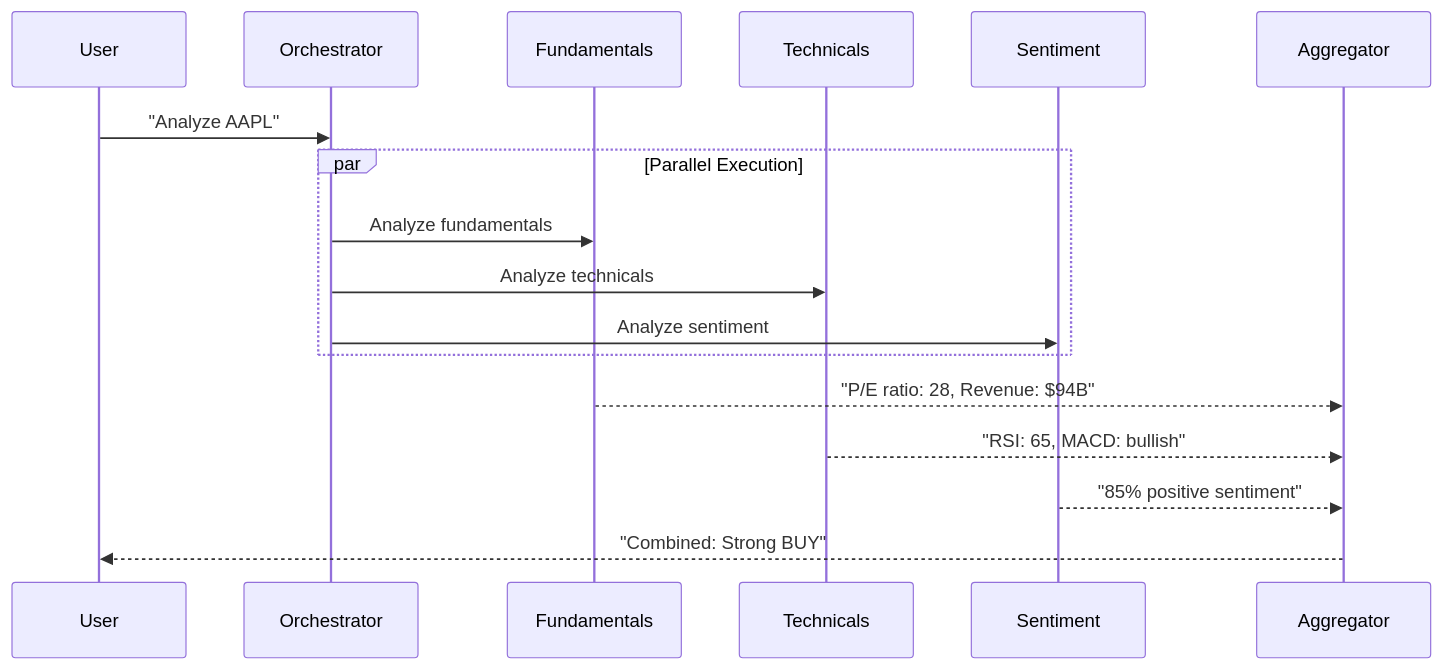
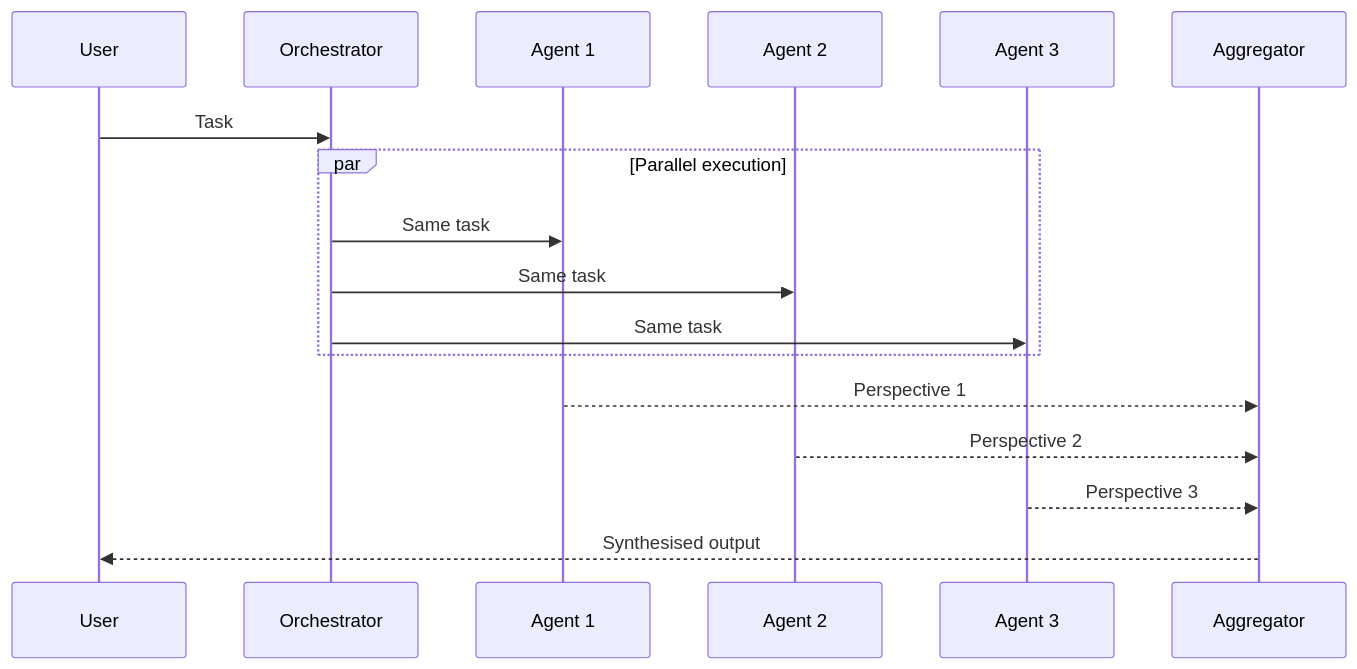
The diagram in docs/patterns/orchestration/fan-out-fan-in.md (pyagent-core/pyagent), drawn with Mermaid before and after one commit. The commit also changed other lines of this file and 152 other files, not shown here.

````diff
--- a/docs/patterns/orchestration/fan-out-fan-in.md
+++ b/docs/patterns/orchestration/fan-out-fan-in.md
@@ -7,20 +12,20 @@
 ```mermaid
 sequenceDiagram
     participant U as User
     participant O as Orchestrator
-    participant F as Fundamentals
-    participant T as Technicals
-    participant S as Sentiment
-    participant A as Aggregator
+    participant A1 as Agent 1
+    participant A2 as Agent 2
+    participant A3 as Agent 3
+    participant Agg as Aggregator
 
-    U->>O: "Analyze AAPL"
-    par Parallel Execution
-        O->>F: Analyze fundamentals
-        O->>T: Analyze technicals
-        O->>S: Analyze sentiment
+    U->>O: Task
+    par Parallel execution
+        O->>A1: Same task
+        O->>A2: Same task
+        O->>A3: Same task
     end
-    F-->>A: "P/E ratio: 28, Revenue: $94B"
-    T-->>A: "RSI: 65, MACD: bullish"
-    S-->>A: "85% positive sentiment"
-    A-->>U: "Combined: Strong BUY"
+    A1-->>Agg: Perspective 1
+    A2-->>Agg: Perspective 2
+    A3-->>Agg: Perspective 3
+    Agg-->>U: Synthesised output
 ```
````
